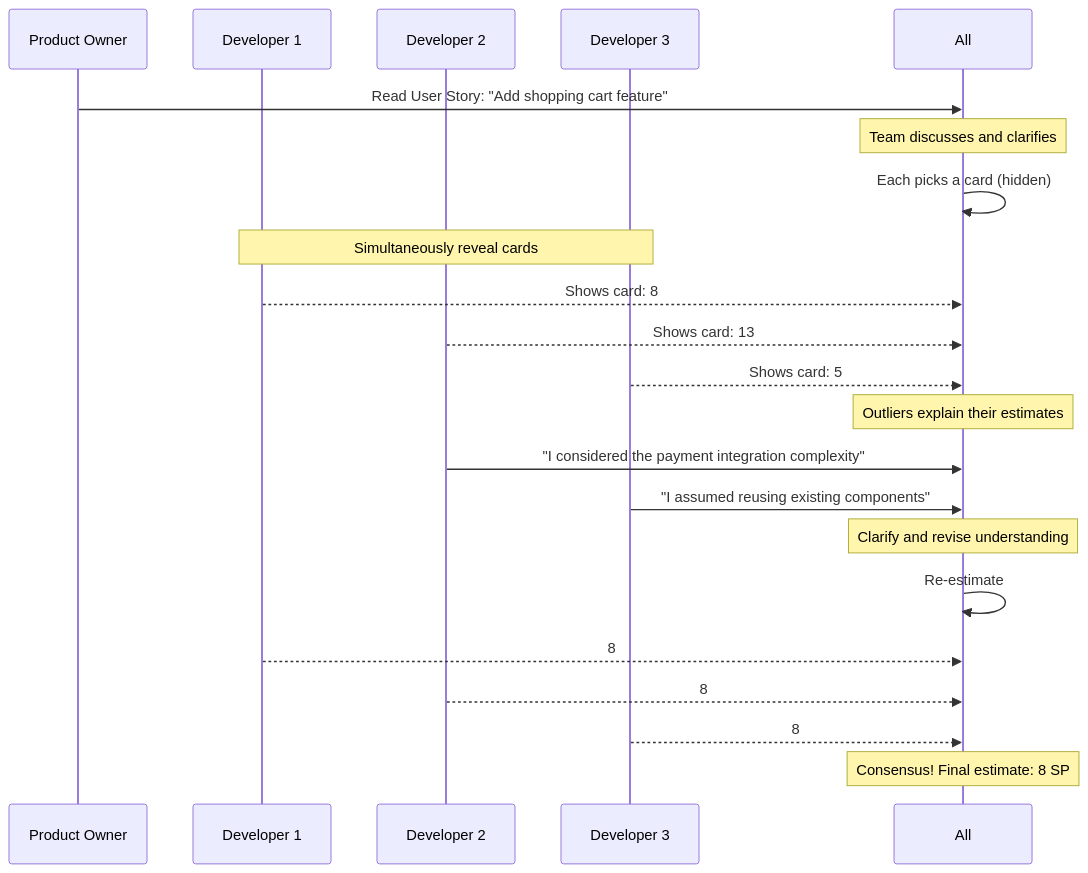
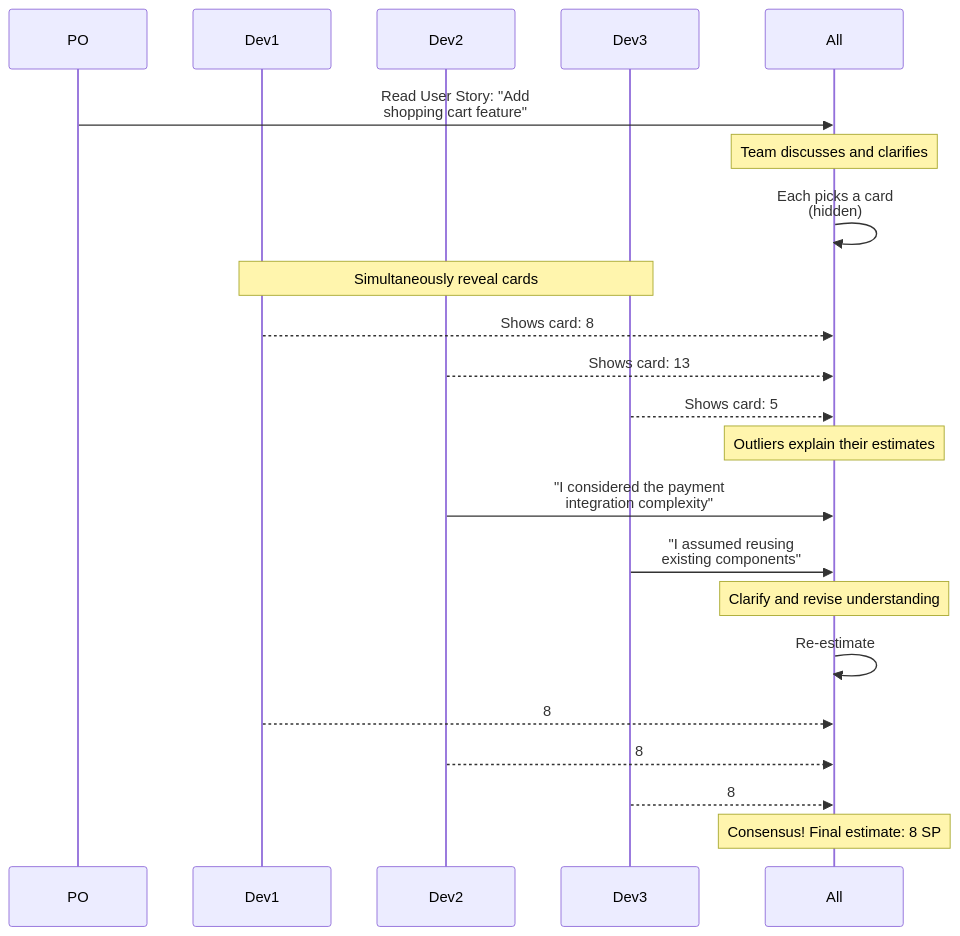
One commit to amitdevx/TY changed the third of 3 diagrams in 02-Semester-VI/CS-371-VSC-P-Agile-Processes/Unit-2.md. Above: the diagram before and after it, drawn with Mermaid. The commit also changed other lines of this file and 65 other files, not shown here.

Commit message:
fix:graph vertical

````diff
--- a/02-Semester-VI/CS-371-VSC-P-Agile-Processes/Unit-2.md
+++ b/02-Semester-VI/CS-371-VSC-P-Agile-Processes/Unit-2.md
@@ -253,24 +253,24 @@
 ```mermaid
 sequenceDiagram
-    participant PO as Product Owner
-    participant Dev1 as Developer 1
-    participant Dev2 as Developer 2
-    participant Dev3 as Developer 3
+    participant PO
+    participant Dev1
+    participant Dev2
+    participant Dev3
     
-    PO->>All: Read User Story: "Add shopping cart feature"
+    PO->>All: Read User Story: "Add<br/>shopping cart feature"
     Note over All: Team discusses and clarifies
-    All->>All: Each picks a card (hidden)
+    All->>All: Each picks a card<br/>(hidden)
     Note over Dev1,Dev3: Simultaneously reveal cards
     Dev1-->>All: Shows card: 8
     Dev2-->>All: Shows card: 13
     Dev3-->>All: Shows card: 5
     Note over All: Outliers explain their estimates
-    Dev2->>All: "I considered the payment integration complexity"
-    Dev3->>All: "I assumed reusing existing components"
+    Dev2->>All: "I considered the payment<br/>integration complexity"
+    Dev3->>All: "I assumed reusing<br/>existing components"
     Note over All: Clarify and revise understanding
     All->>All: Re-estimate
     Dev1-->>All: 8
     Dev2-->>All: 8
     Dev3-->>All: 8
     Note over All: Consensus! Final estimate: 8 SP
 ```
````
